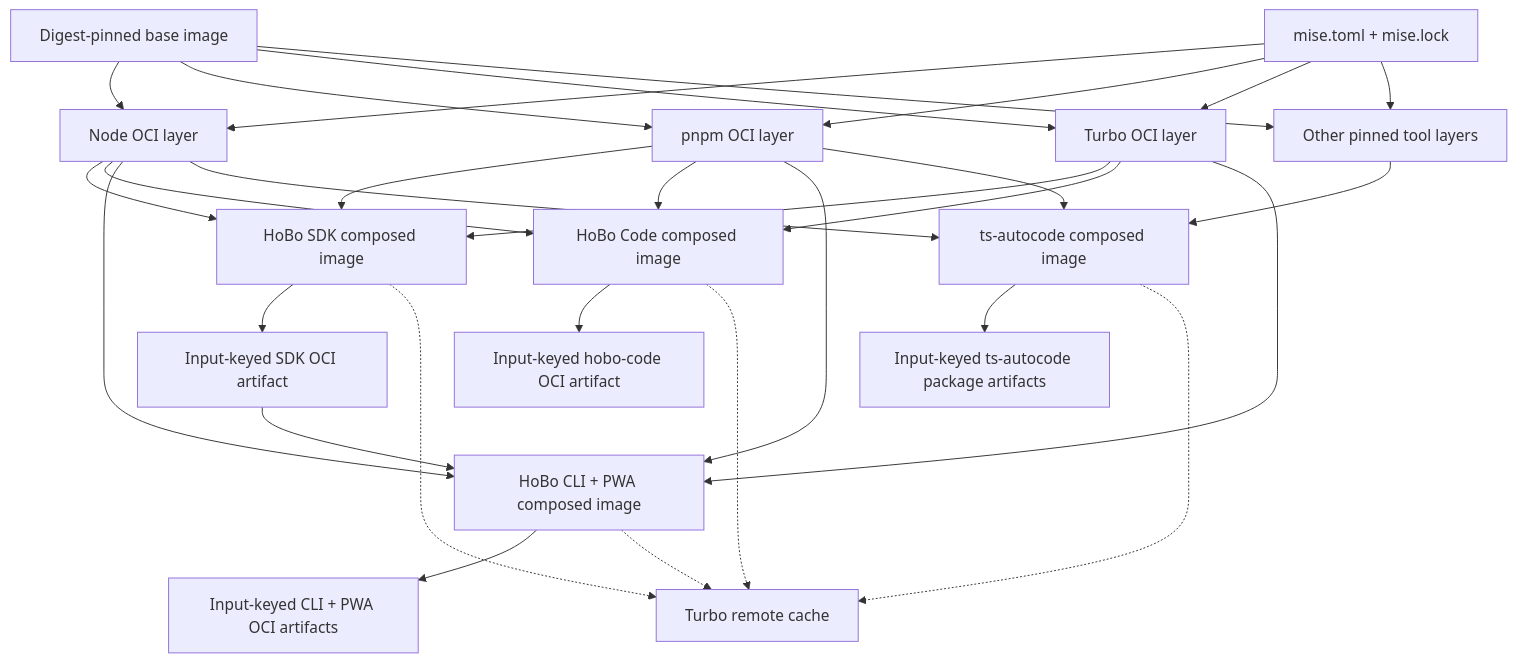
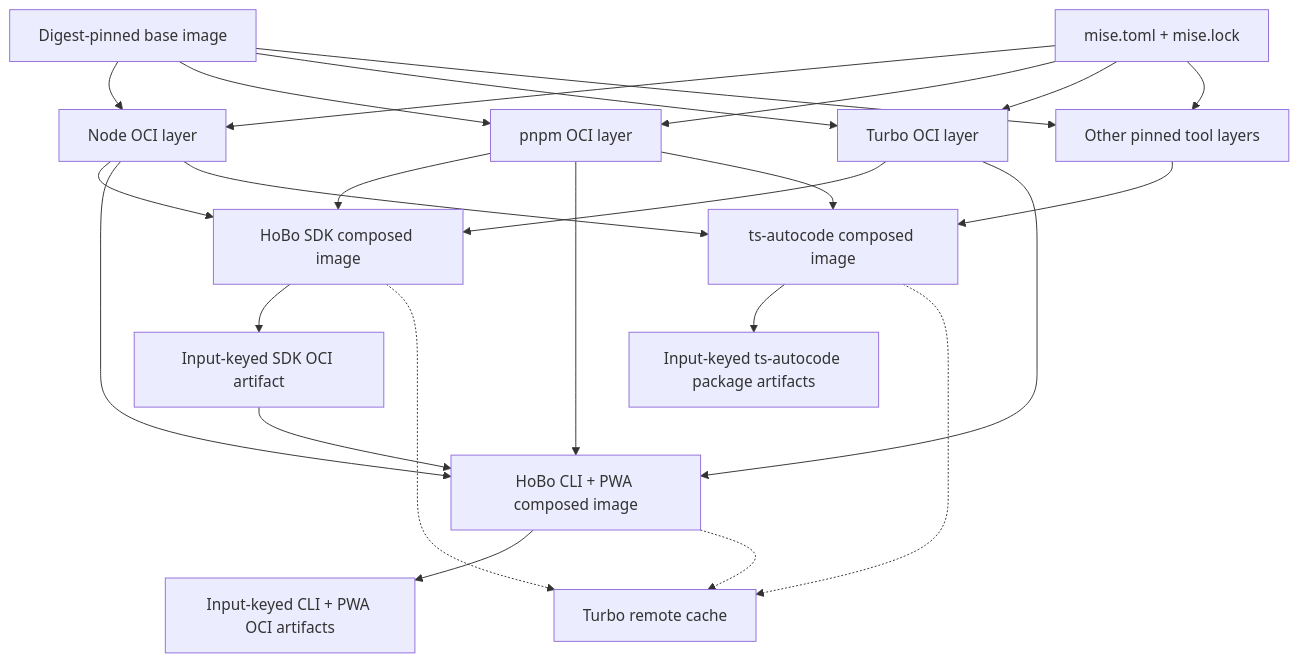
Before and after one commit to Hobo-Labs/HoBo: the diagram in docs/release/pipelines.md, drawn with Mermaid. The commit also changed other lines of this file and 1199 other files, not shown here.

First line of the commit message:
refactor: move hobo-code off main onto the long-lived feature/hobo-code branch (#1772)

````diff
--- a/docs/release/pipelines.md
+++ b/docs/release/pipelines.md
@@ -52,42 +50,37 @@
 ```mermaid
 flowchart TB
     Base["Digest-pinned base image"]
     Lock["mise.toml + mise.lock"]
     Node["Node OCI layer"]
     Pnpm["pnpm OCI layer"]
     Turbo["Turbo OCI layer"]
     Other["Other pinned tool layers"]
 
     Base --> Node
     Base --> Pnpm
     Base --> Turbo
     Base --> Other
     Lock --> Node
     Lock --> Pnpm
     Lock --> Turbo
     Lock --> Other
 
     Node --> SDK["HoBo SDK composed image"]
     Pnpm --> SDK
     Turbo --> SDK
-    Node --> Code["HoBo Code composed image"]
-    Pnpm --> Code
-    Turbo --> Code
     Node --> CLI["HoBo CLI + PWA composed image"]
     Pnpm --> CLI
     Turbo --> CLI
     Node --> TSA["ts-autocode composed image"]
     Pnpm --> TSA
     Other --> TSA
 
     SDK --> SDKArtifact["Input-keyed SDK OCI artifact"]
     SDKArtifact --> CLI
-    Code --> CodeArtifact["Input-keyed hobo-code OCI artifact"]
     CLI --> CLIArtifact["Input-keyed CLI + PWA OCI artifacts"]
     TSA --> TSAArtifacts["Input-keyed ts-autocode package artifacts"]
 
     SDK -.-> TurboCache["Turbo remote cache"]
-    Code -.-> TurboCache
     CLI -.-> TurboCache
     TSA -.-> TurboCache
 ```
````
